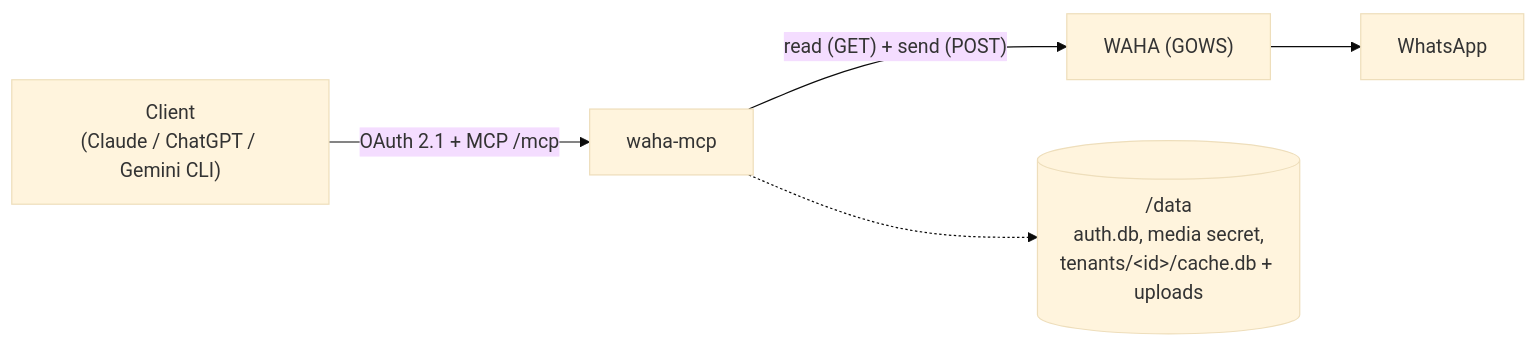
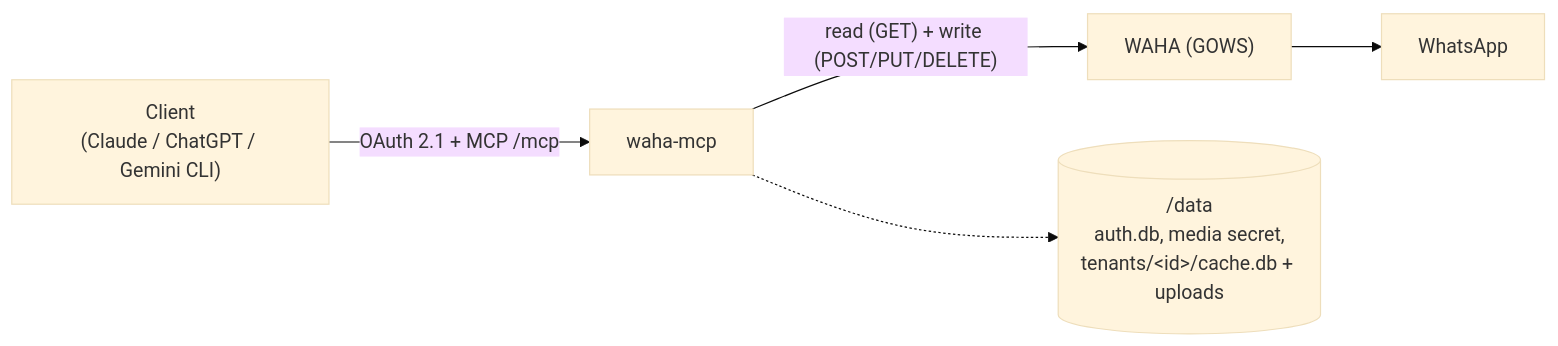
One commit to stivenrosales/waha-mcp changed the diagram in README.md. Above: the diagram before and after it, drawn with Mermaid (base theme). The commit also changed other lines of this file, not shown here.

````diff
--- a/README.md
+++ b/README.md
@@ -50,7 +50,7 @@
 ```mermaid
 flowchart LR
   Client["Client<br/>(Claude / ChatGPT / Gemini CLI)"] -->|"OAuth 2.1 + MCP /mcp"| MCP["waha-mcp"]
-  MCP -->|"read (GET) + send (POST)"| WAHA["WAHA (GOWS)"]
+  MCP -->|"read (GET) + write (POST/PUT/DELETE)"| WAHA["WAHA (GOWS)"]
   WAHA --> WA["WhatsApp"]
   MCP -.-> Data[("/data<br/>auth.db, media secret,<br/>tenants/&lt;id&gt;/cache.db + uploads")]
 ```
````
